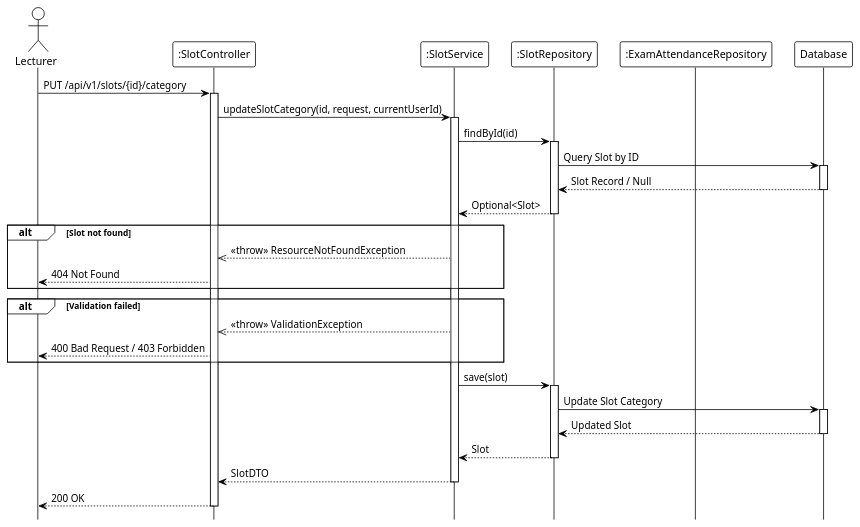
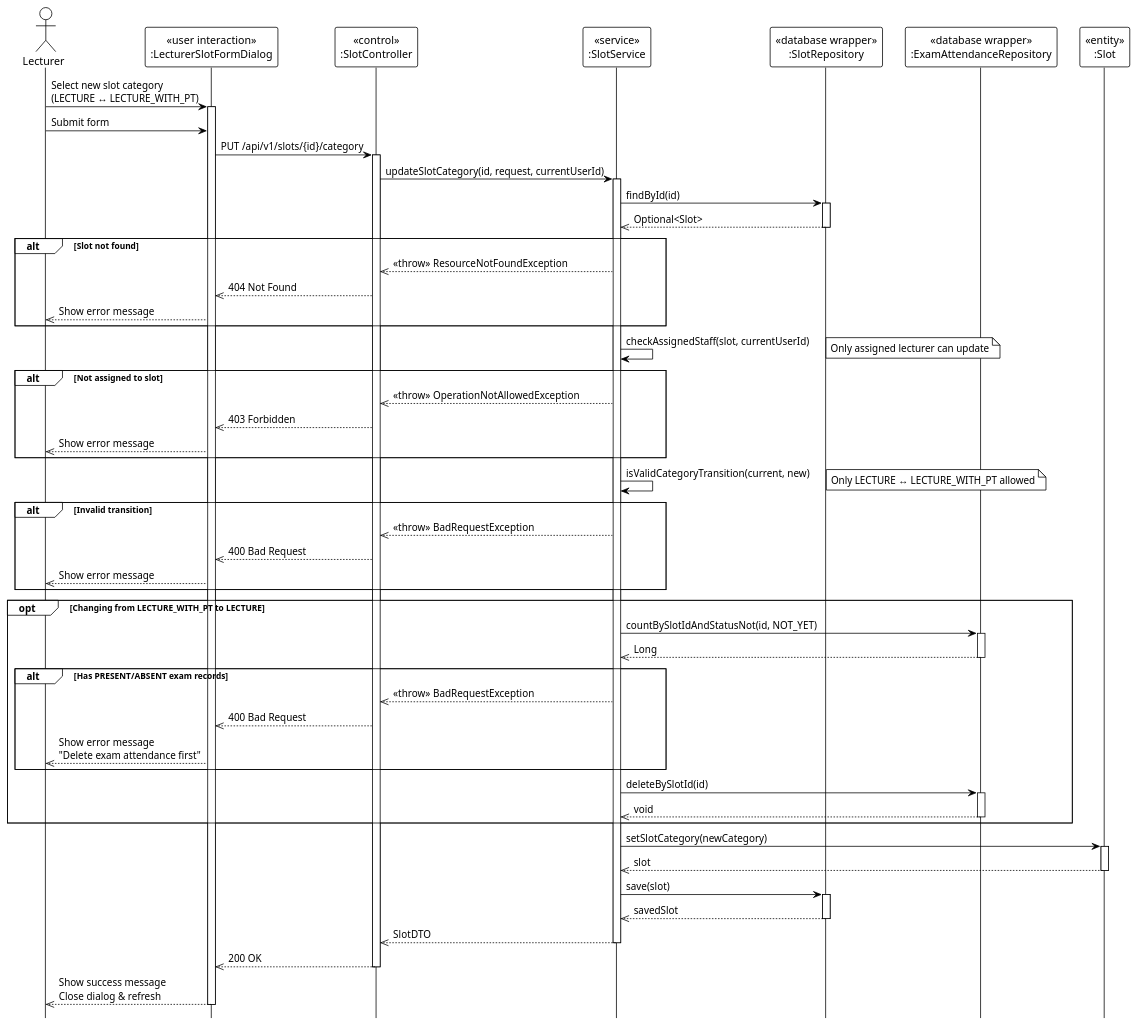
The diagram in system_detailed_design/70_update_slot_category/sequence_diagram_update_slot_category.puml (Ndh474/context), drawn with PlantUML before and after one commit.

Commit message:
docs(system_detailed_design): add UML stereotypes to slot category sequence diagram

```diff
--- a/system_detailed_design/70_update_slot_category/sequence_diagram_update_slot_category.puml
+++ b/system_detailed_design/70_update_slot_category/sequence_diagram_update_slot_category.puml
@@ -1,60 +1,97 @@
 @startuml update_slot_category
 !theme plain
 hide footbox
 
-actor Lecturer
-participant ":SlotController" as Controller
-participant ":SlotService" as Service
-participant ":SlotRepository" as SlotRepo
-participant ":ExamAttendanceRepository" as ExamRepo
-participant "Database" as DB
+actor "Lecturer" as Lecturer
 
-' --- MAIN FLOW ---
-Lecturer -> Controller: PUT /api/v1/slots/{id}/category
+participant "«user interaction»\n:LecturerSlotFormDialog" as UI
+participant "«control»\n:SlotController" as Controller
+participant "«service»\n:SlotService" as Service
+participant "«database wrapper»\n:SlotRepository" as SlotRepo
+participant "«database wrapper»\n:ExamAttendanceRepository" as ExamRepo
+participant "«entity»\n:Slot" as Entity
+
+' === MAIN FLOW ===
+Lecturer -> UI: Select new slot category\n(LECTURE ↔ LECTURE_WITH_PT)
+activate UI
+
+Lecturer -> UI: Submit form
+UI -> Controller: PUT /api/v1/slots/{id}/category
 activate Controller
 
 Controller -> Service: updateSlotCategory(id, request, currentUserId)
 activate Service
 
-' --- FIND EXISTING ---
+' === FIND EXISTING ===
 Service -> SlotRepo: findById(id)
 activate SlotRepo
-
-SlotRepo -> DB: Query Slot by ID
-activate DB
-DB --> SlotRepo: Slot Record / Null
-deactivate DB
-
-SlotRepo --> Service: Optional<Slot>
+SlotRepo -->> Service: Optional<Slot>
 deactivate SlotRepo
 
 alt Slot not found
     Service -->> Controller: <<throw>> ResourceNotFoundException
-    Controller --> Lecturer: 404 Not Found
+    Controller -->> UI: 404 Not Found
+    UI -->> Lecturer: Show error message
 end
 
-' Validation logic (internal: authorization, category transition validation, exam data check with conditional delete)
+' === CHECK AUTHORIZATION ===
+Service -> Service: checkAssignedStaff(slot, currentUserId)
+note right: Only assigned lecturer can update
 
-alt Validation failed
-    Service -->> Controller: <<throw>> ValidationException
-    Controller --> Lecturer: 400 Bad Request / 403 Forbidden
+alt Not assigned to slot
+    Service -->> Controller: <<throw>> OperationNotAllowedException
+    Controller -->> UI: 403 Forbidden
+    UI -->> Lecturer: Show error message
 end
 
+' === VALIDATE CATEGORY TRANSITION ===
+Service -> Service: isValidCategoryTransition(current, new)
+note right: Only LECTURE ↔ LECTURE_WITH_PT allowed
+
+alt Invalid transition
+    Service -->> Controller: <<throw>> BadRequestException
+    Controller -->> UI: 400 Bad Request
+    UI -->> Lecturer: Show error message
+end
+
+' === CHECK EXAM DATA (LECTURE_WITH_PT → LECTURE) ===
+opt Changing from LECTURE_WITH_PT to LECTURE
+    Service -> ExamRepo: countBySlotIdAndStatusNot(id, NOT_YET)
+    activate ExamRepo
+    ExamRepo -->> Service: Long
+    deactivate ExamRepo
+
+    alt Has PRESENT/ABSENT exam records
+        Service -->> Controller: <<throw>> BadRequestException
+        Controller -->> UI: 400 Bad Request
+        UI -->> Lecturer: Show error message\n"Delete exam attendance first"
+    end
+
+    Service -> ExamRepo: deleteBySlotId(id)
+    activate ExamRepo
+    ExamRepo -->> Service: void
+    deactivate ExamRepo
+end
+
+' === UPDATE ENTITY ===
+Service -> Entity: setSlotCategory(newCategory)
+activate Entity
+Entity -->> Service: slot
+deactivate Entity
+
+' === SAVE ===
 Service -> SlotRepo: save(slot)
 activate SlotRepo
-
-SlotRepo -> DB: Update Slot Category
-activate DB
-DB --> SlotRepo: Updated Slot
-deactivate DB
-
-SlotRepo --> Service: Slot
+SlotRepo -->> Service: savedSlot
 deactivate SlotRepo
 
-Service --> Controller: SlotDTO
+Service -->> Controller: SlotDTO
 deactivate Service
 
-Controller --> Lecturer: 200 OK
+Controller -->> UI: 200 OK
 deactivate Controller
 
+UI -->> Lecturer: Show success message\nClose dialog & refresh
+deactivate UI
+
 @enduml
```
